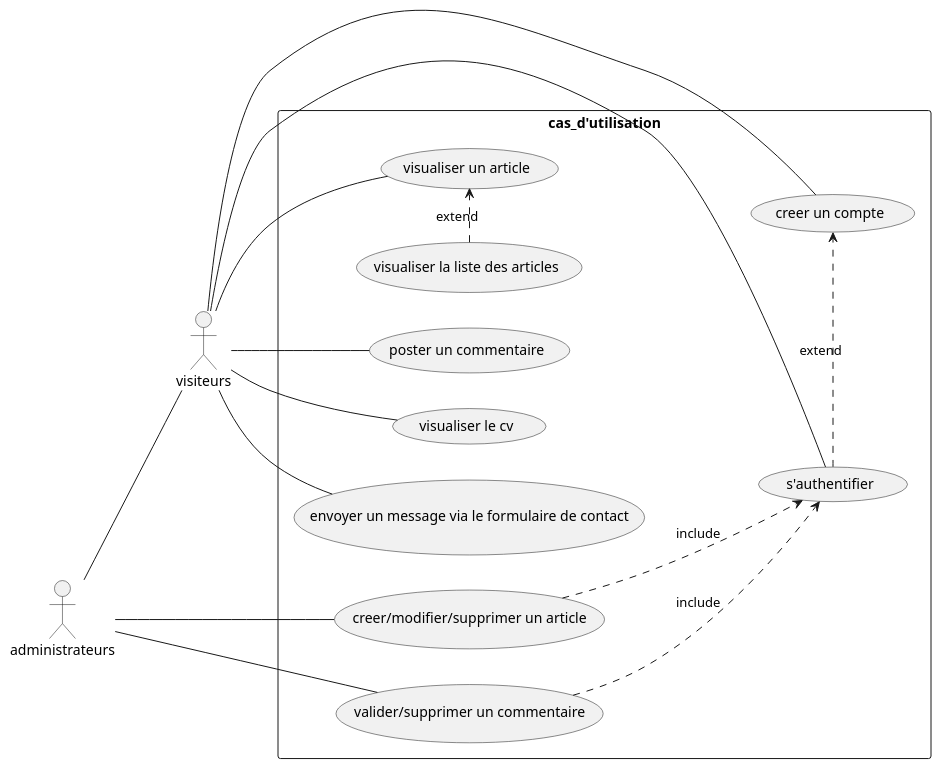
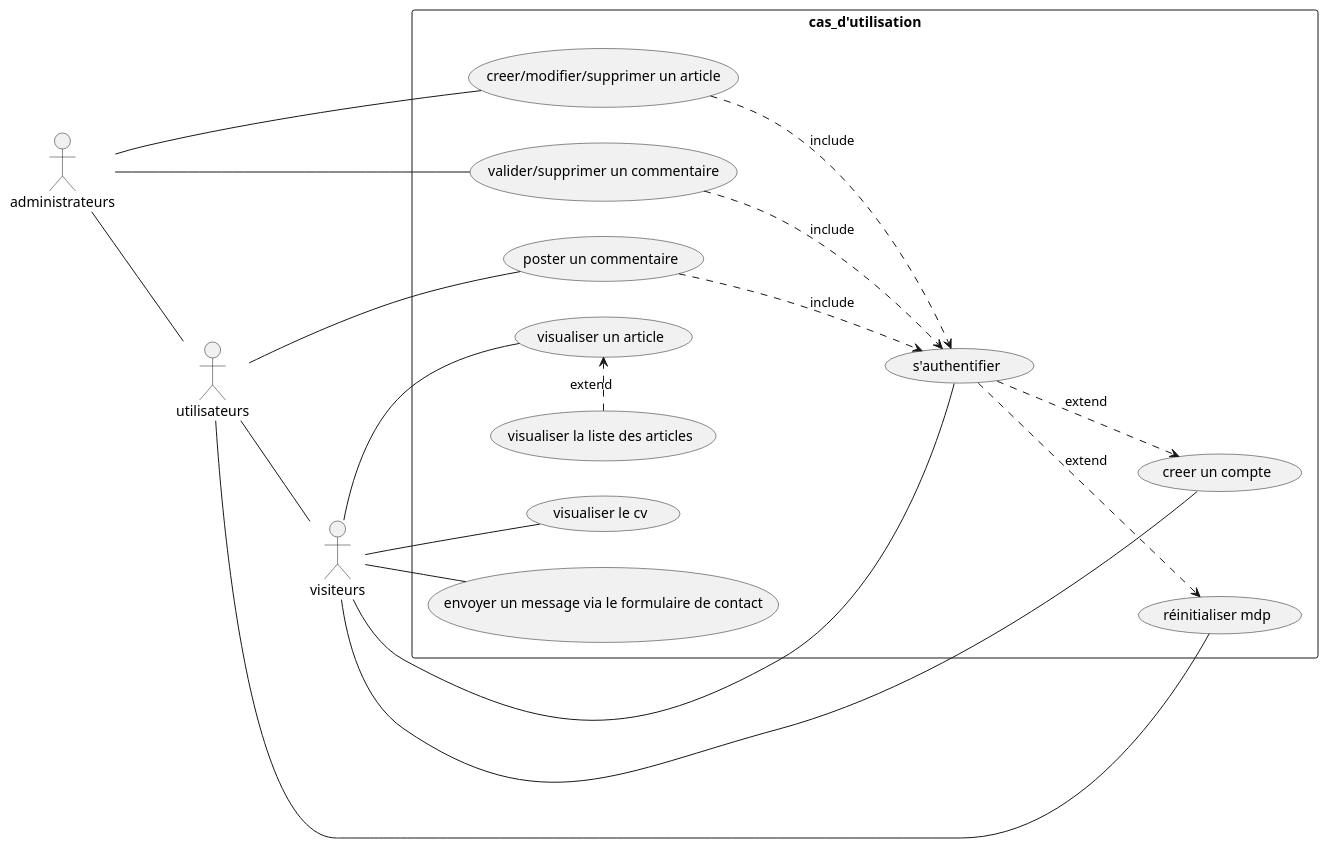
The diagram in diagrammes/ddcu_cas_d'utilisation.plantuml (HaiseB/P5_blogPhp), drawn with PlantUML before and after one commit. The commit also changed 14 other files, not shown here.

Commit message:
send the good diagramms + png versions

```diff
--- a/diagrammes/ddcu_cas_d'utilisation.plantuml
+++ b/diagrammes/ddcu_cas_d'utilisation.plantuml
@@ -1,28 +1,35 @@
 @startuml cas_d'utilisation
 scale 1
 Left to right direction
 skinparam packageStyle rect
 actor administrateurs
 actor visiteurs
+actor utilisateurs
 
 rectangle cas_d'utilisation {
 
-(administrateurs) -- (visiteurs)
+(administrateurs) -- (utilisateurs)
+(utilisateurs) -- (visiteurs)
 
-(visiteurs) -- (poster un commentaire)
+(utilisateurs) -- (poster un commentaire)
+
 (visiteurs) -- (visualiser le cv)
 (visiteurs) -- (envoyer un message via le formulaire de contact)
 (visiteurs) -- (visualiser un article)
 (visiteurs) -- (s'authentifier)
-(visiteurs) -- (creer un compte)
+(visiteurs) --- (creer un compte)
+(utilisateurs) --- (réinitialiser mdp)
 (administrateurs) -- (creer/modifier/supprimer un article)
 (administrateurs) -- (valider/supprimer un commentaire)
 
-(s'authentifier) .>  (creer un compte):extend
+(s'authentifier) ..>  (creer un compte):extend
+(s'authentifier) ..>  (réinitialiser mdp):extend
 (visualiser la liste des articles) .> (visualiser un article):extend
+
+(poster un commentaire) ..> (s'authentifier):include
 
 (creer/modifier/supprimer un article) ..> (s'authentifier):include
 (valider/supprimer un commentaire) ..> (s'authentifier):include
 
 }
 @enduml
```
